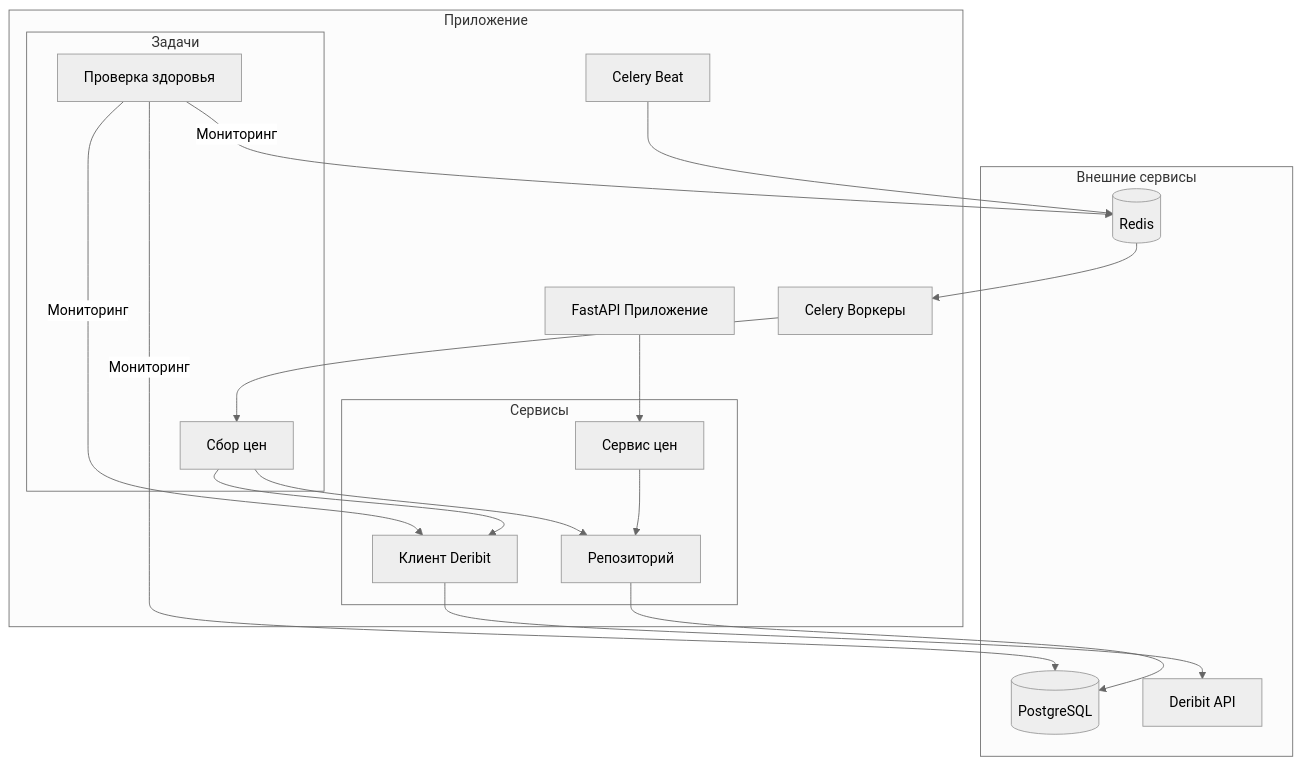
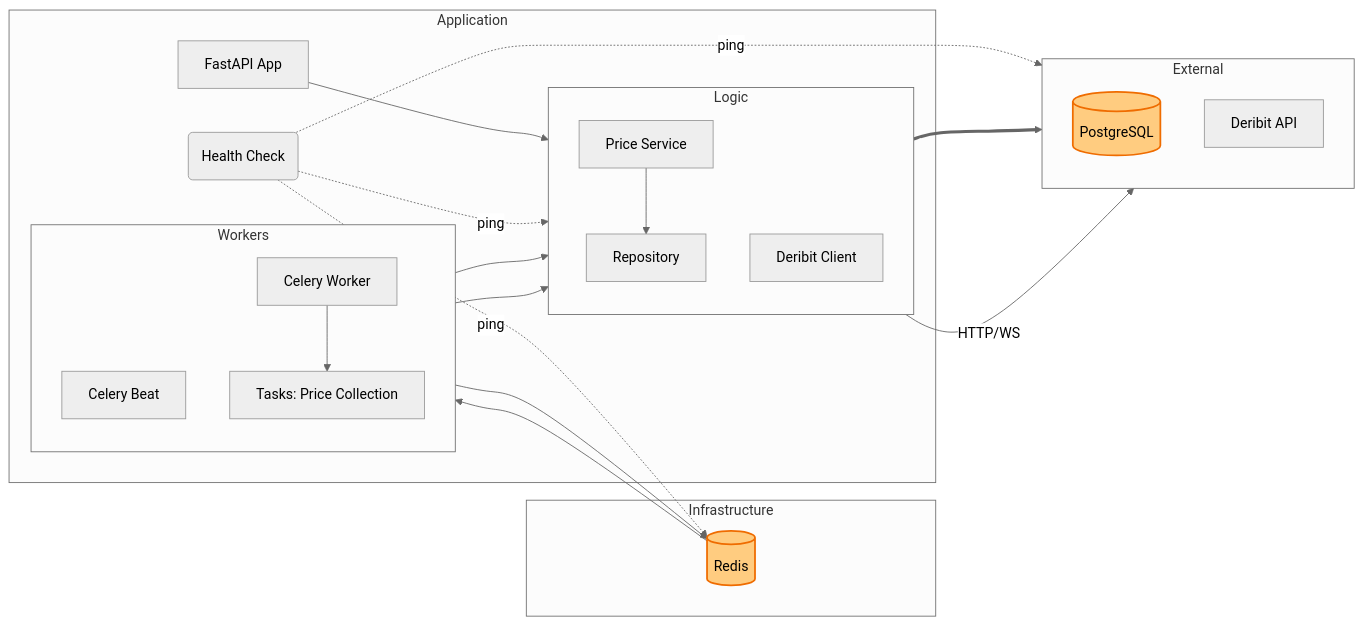
Before and after one commit to script-logic/deribit-tracker: the second of 2 diagrams in README.md, drawn with Mermaid (neutral theme). The commit also changed other lines of this file and 2 other files, not shown here.

````diff
--- a/README.md
+++ b/README.md
@@ -365,40 +265,52 @@
 ```mermaid
-flowchart TB
-    subgraph Внешние сервисы
-        DB[(PostgreSQL)]
-        Redis[(Redis)]
-        Deribit[Deribit API]
+flowchart LR
+    %% --- Стилизация ---
+    classDef db fill:#ffcc80,stroke:#ef6c00,color:black,stroke-width:2px;
+
+    %% --- Узлы ---
+    subgraph External
+        direction TB
+        DB[(PostgreSQL)]:::db
+        Deribit[Deribit API]:::ext
     end
 
-    subgraph Приложение
-        API[FastAPI Приложение]
-        Celery[Celery Воркеры]
-        Beat[Celery Beat]
+    subgraph Infrastructure
+        Redis[(Redis)]:::db
+    end
 
-        subgraph Сервисы
-            PS[Сервис цен]
-            Rep[Репозиторий]
-            Client[Клиент Deribit]
+    subgraph Application
+        API[FastAPI App]:::app
+
+        subgraph Logic
+            direction TB
+            PS[Price Service]:::app
+            Rep[Repository]:::app
+            Client[Deribit Client]:::app
         end
 
-        subgraph Задачи
-            PC[Сбор цен]
-            HC[Проверка здоровья]
+        subgraph Workers
+            direction TB
+            Beat[Celery Beat]:::task
+            Celery[Celery Worker]:::task
+            PC[Tasks: Price Collection]:::task
         end
+
+        HC(Health Check):::task
     end
 
-    Client --> Deribit
     API --> PS
     PS --> Rep
-    Rep --> DB
+    Rep ==> DB
 
+    Beat --> Redis
+    Redis --> Celery
     Celery --> PC
     PC --> Client
     PC --> Rep
-    Beat --> Redis
-    Redis --> Celery
 
-    HC --> |Мониторинг| Client
-    HC --> |Мониторинг| DB
-    HC --> |Мониторинг| Redis
+    Client -- HTTP/WS --> Deribit
+
+    HC -.-> |ping| Client
+    HC -.-> |ping| DB
+    HC -.-> |ping| Redis
 ```
````
